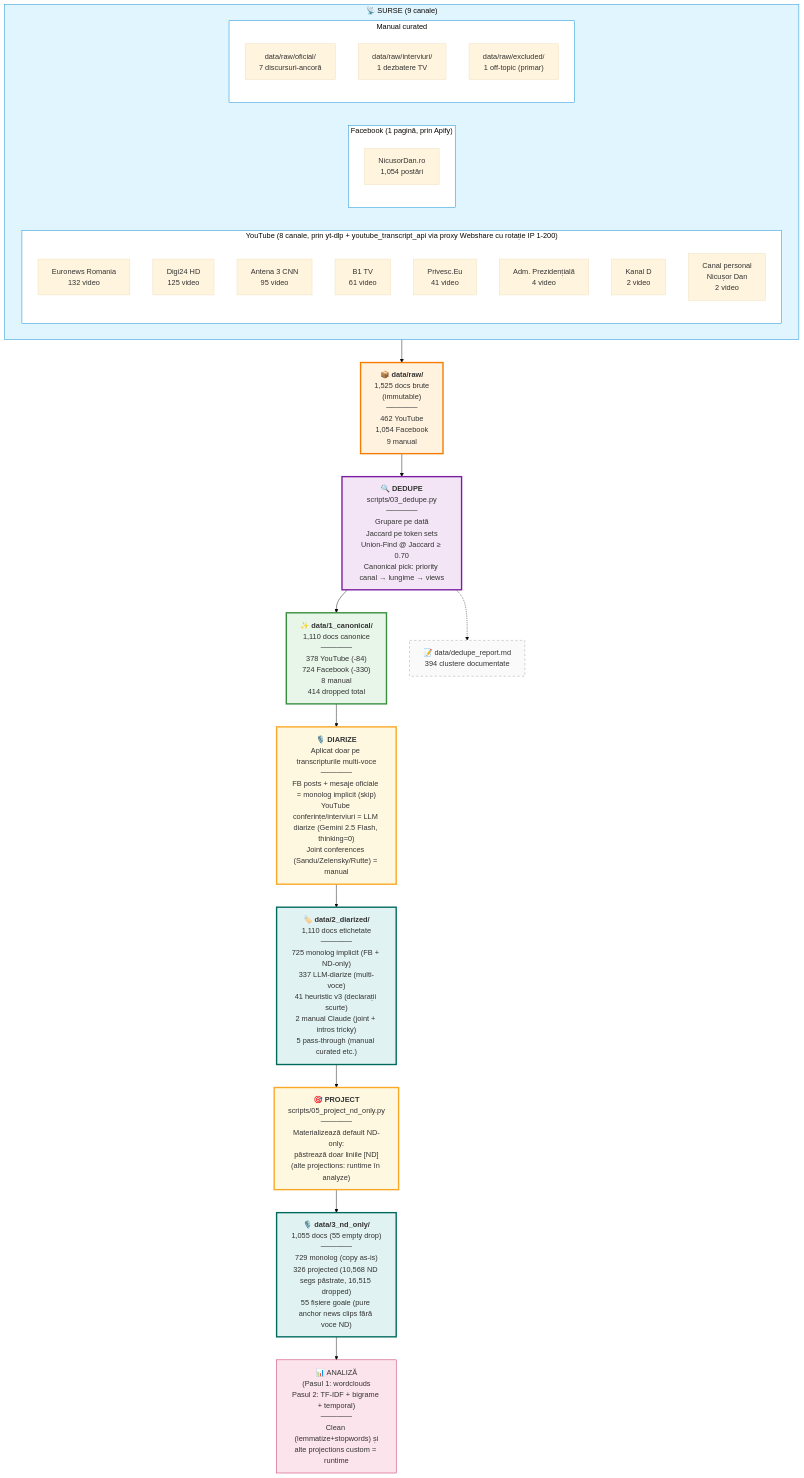
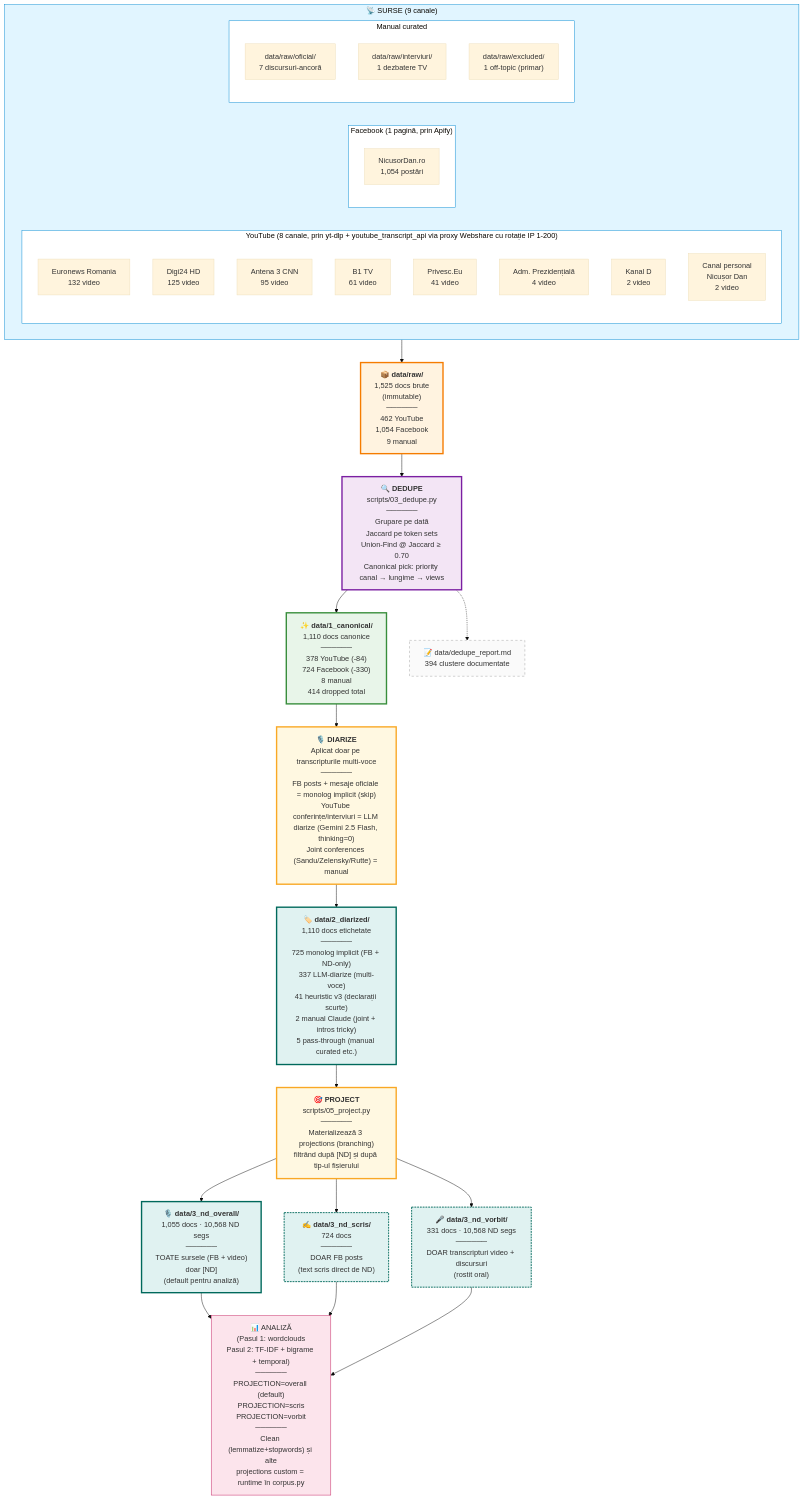
One commit to radusqrt/evolutie-discurs-nicusor-dan changed the diagram in README.md. Above: the diagram before and after it, drawn with Mermaid (base theme). The commit also changed other lines of this file and 2500 other files, not shown here.

First line of the commit message:
feat: branching projection (overall/scris/vorbit) + README diagram updated

````diff
--- a/README.md
+++ b/README.md
@@ -19,56 +19,64 @@
 ```mermaid
 flowchart TB
     subgraph SRC["📡 SURSE (9 canale)"]
         direction LR
         subgraph YT["YouTube (8 canale, prin yt-dlp + youtube_transcript_api via proxy Webshare cu rotație IP 1-200)"]
             E["Euronews Romania<br/>132 video"]
             D["Digi24 HD<br/>125 video"]
             A3["Antena 3 CNN<br/>95 video"]
             B1["B1 TV<br/>61 video"]
             PE["Privesc.Eu<br/>41 video"]
             AP["Adm. Prezidențială<br/>4 video"]
             KD["Kanal D<br/>2 video"]
             NDP["Canal personal<br/>Nicușor Dan<br/>2 video"]
         end
         subgraph FB["Facebook (1 pagină, prin Apify)"]
             FBP["NicusorDan.ro<br/>1,054 postări"]
         end
         subgraph MAN["Manual curated"]
             OFI["data/raw/oficial/<br/>7 discursuri-ancoră"]
             INT["data/raw/interviuri/<br/>1 dezbatere TV"]
             EXC["data/raw/excluded/<br/>1 off-topic (primar)"]
         end
     end
 
     SRC --> RAW["📦 <b>data/raw/</b><br/>1,525 docs brute<br/>(immutable)<br/>──────<br/>462 YouTube<br/>1,054 Facebook<br/>9 manual"]
 
     RAW --> DEDUP["🔍 <b>DEDUPE</b><br/>scripts/03_dedupe.py<br/>──────<br/>Grupare pe dată<br/>Jaccard pe token sets<br/>Union-Find @ Jaccard ≥ 0.70<br/>Canonical pick: priority canal → lungime → views"]
 
     DEDUP --> CAN["✨ <b>data/1_canonical/</b><br/>1,110 docs canonice<br/>──────<br/>378 YouTube (-84)<br/>724 Facebook (-330)<br/>8 manual<br/>414 dropped total"]
 
     DEDUP -.-> REP["📝 data/dedupe_report.md<br/>394 clustere documentate"]
 
     CAN --> DIARIZE["🎙️ <b>DIARIZE</b><br/>Aplicat doar pe transcripturile multi-voce<br/>──────<br/>FB posts + mesaje oficiale = monolog implicit (skip)<br/>YouTube conferințe/interviuri = LLM diarize (Gemini 2.5 Flash, thinking=0)<br/>Joint conferences (Sandu/Zelensky/Rutte) = manual"]
 
     DIARIZE --> DIA["🏷️ <b>data/2_diarized/</b><br/>1,110 docs etichetate<br/>──────<br/>725 monolog implicit (FB + ND-only)<br/>337 LLM-diarize (multi-voce)<br/>41 heuristic v3 (declarații scurte)<br/>2 manual Claude (joint + intros tricky)<br/>5 pass-through (manual curated etc.)"]
 
-    DIA --> PROJECT["🎯 <b>PROJECT</b><br/>scripts/05_project_nd_only.py<br/>──────<br/>Materializează default ND-only:<br/>păstrează doar liniile [ND]<br/>(alte projections: runtime în analyze)"]
+    DIA --> PROJECT["🎯 <b>PROJECT</b><br/>scripts/05_project.py<br/>──────<br/>Materializează 3 projections (branching)<br/>filtrând după [ND] și după tip-ul fișierului"]
 
-    PROJECT --> ND["🎙️ <b>data/3_nd_only/</b><br/>1,055 docs (55 empty drop)<br/>──────<br/>729 monolog (copy as-is)<br/>326 projected (10,568 ND segs păstrate, 16,515 dropped)<br/>55 fișiere goale (pure anchor news clips fără voce ND)"]
+    PROJECT --> ND_OV["🎙️ <b>data/3_nd_overall/</b><br/>1,055 docs · 10,568 ND segs<br/>──────<br/>TOATE sursele (FB + video)<br/>doar [ND]<br/>(default pentru analiză)"]
 
-    ND --> AN["📊 ANALIZĂ<br/>(Pasul 1: wordclouds<br/>Pasul 2: TF-IDF + bigrame + temporal)<br/>──────<br/>Clean (lemmatize+stopwords) și<br/>alte projections custom = runtime"]
+    PROJECT --> ND_S["✍️ <b>data/3_nd_scris/</b><br/>724 docs<br/>──────<br/>DOAR FB posts<br/>(text scris direct de ND)"]
+
+    PROJECT --> ND_V["🎤 <b>data/3_nd_vorbit/</b><br/>331 docs · 10,568 ND segs<br/>──────<br/>DOAR transcripturi video + discursuri<br/>(rostit oral)"]
+
+    ND_OV --> AN["📊 ANALIZĂ<br/>(Pasul 1: wordclouds<br/>Pasul 2: TF-IDF + bigrame + temporal)<br/>──────<br/>PROJECTION=overall (default)<br/>PROJECTION=scris<br/>PROJECTION=vorbit<br/>──────<br/>Clean (lemmatize+stopwords) și alte<br/>projections custom = runtime în corpus.py"]
+    ND_S --> AN
+    ND_V --> AN
 
     style SRC fill:#e1f5ff,stroke:#0288d1
     style YT fill:#fff,stroke:#0288d1
     style FB fill:#fff,stroke:#0288d1
     style MAN fill:#fff,stroke:#0288d1
     style RAW fill:#fff3e0,stroke:#f57c00,stroke-width:3px
     style DEDUP fill:#f3e5f5,stroke:#7b1fa2,stroke-width:3px
     style CAN fill:#e8f5e9,stroke:#388e3c,stroke-width:3px
     style DIARIZE fill:#fff8e1,stroke:#f9a825,stroke-width:3px
     style DIA fill:#e0f2f1,stroke:#00695c,stroke-width:3px
     style PROJECT fill:#fff8e1,stroke:#f9a825,stroke-width:3px
-    style ND fill:#e0f2f1,stroke:#00695c,stroke-width:3px
+    style ND_OV fill:#e0f2f1,stroke:#00695c,stroke-width:3px
+    style ND_S fill:#e0f2f1,stroke:#00695c,stroke-width:2px,stroke-dasharray: 4 2
+    style ND_V fill:#e0f2f1,stroke:#00695c,stroke-width:2px,stroke-dasharray: 4 2
     style AN fill:#fce4ec,stroke:#c2185b
     style REP fill:#fafafa,stroke:#9e9e9e,stroke-dasharray: 5 5
 ```
````
